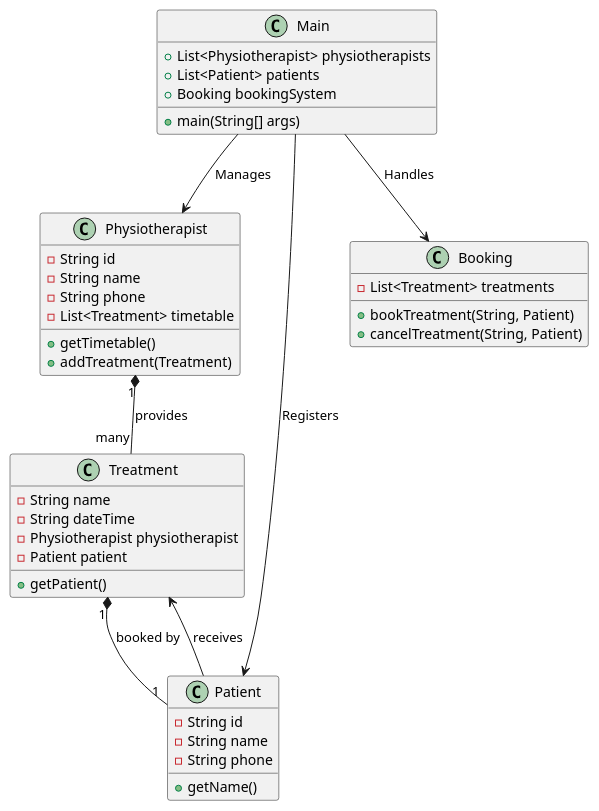
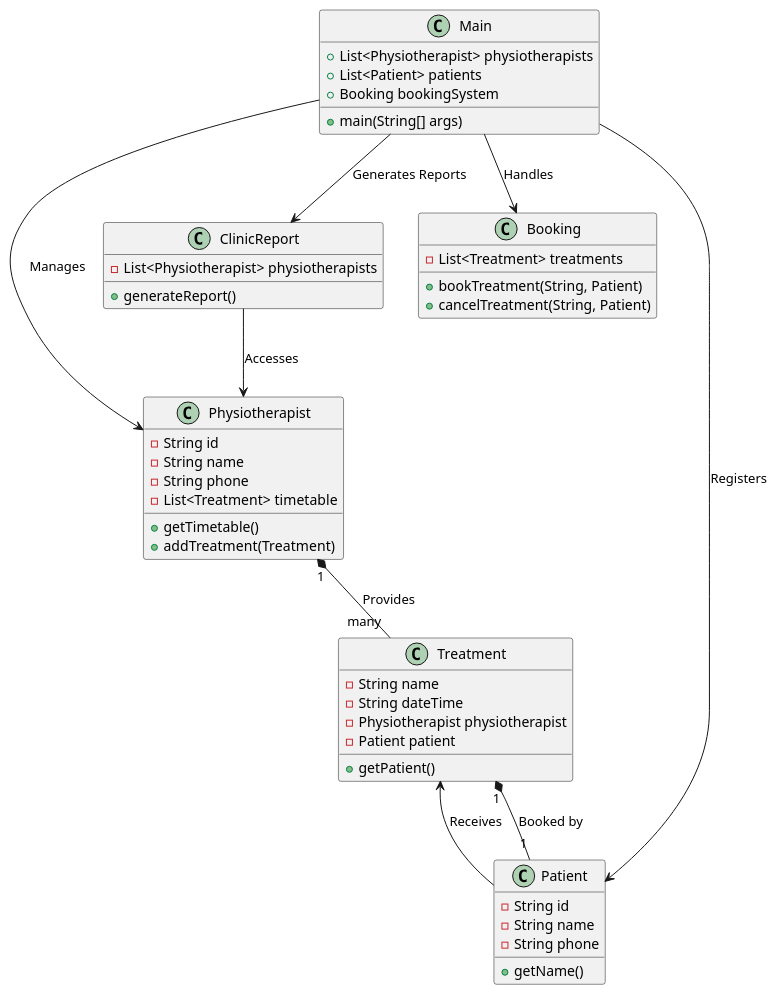
The diagram in src/Diagram.puml (tanvirherts/Patient-App-using-Java), drawn with PlantUML before and after one commit. The commit also changed 1 other file, not shown here.

Commit message:
Generating the Diagrams

```diff
--- a/src/Diagram.puml
+++ b/src/Diagram.puml
@@ -1,52 +1,54 @@
 @startuml
-' Define Main class
 class Main {
     + List<Physiotherapist> physiotherapists
     + List<Patient> patients
     + Booking bookingSystem
     + main(String[] args)
 }
 
-' Define Physiotherapist class
 class Physiotherapist {
     - String id
     - String name
     - String phone
     - List<Treatment> timetable
     + getTimetable()
     + addTreatment(Treatment)
 }
 
-' Define Treatment class
 class Treatment {
     - String name
     - String dateTime
     - Physiotherapist physiotherapist
     - Patient patient
     + getPatient()
 }
 
-' Define Patient class
 class Patient {
     - String id
     - String name
     - String phone
     + getName()
 }
 
-' Define Booking class
 class Booking {
     - List<Treatment> treatments
     + bookTreatment(String, Patient)
     + cancelTreatment(String, Patient)
 }
 
+class ClinicReport {
+    - List<Physiotherapist> physiotherapists
+    + generateReport()
+}
+
 ' UML Relationships
 Main --> Physiotherapist : "Manages"
 Main --> Patient : "Registers"
 Main --> Booking : "Handles"
+Main --> ClinicReport : "Generates Reports"
 
-Physiotherapist "1" *-- "many" Treatment : provides
-Treatment "1" *-- "1" Patient : booked by
-Patient --> Treatment : receives
+ClinicReport --> Physiotherapist : "Accesses"
+Physiotherapist "1" *-- "many" Treatment : Provides
+Treatment "1" *-- "1" Patient : Booked by
+Patient --> Treatment : Receives
 @enduml
```
